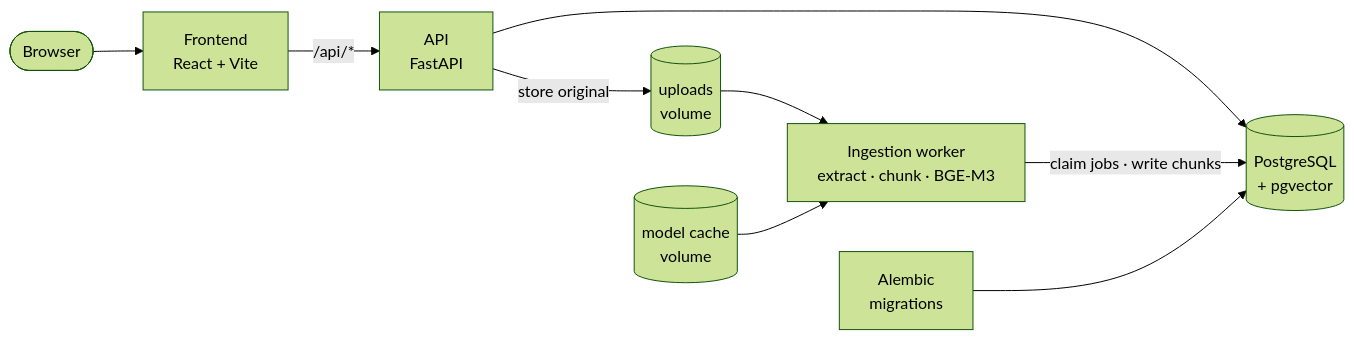
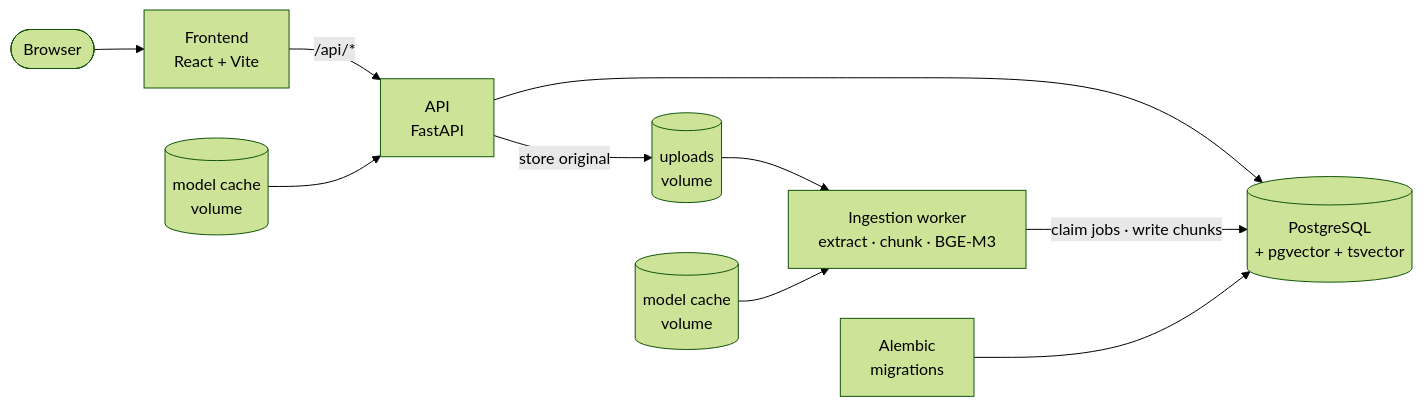
One commit to Yash01Negi/docs-rag-platform changed the diagram in README.md. Above: the diagram before and after it, drawn with Mermaid (forest theme). The commit also changed other lines of this file and 12 other files, not shown here.

````diff
--- a/README.md
+++ b/README.md
@@ -64,11 +72,12 @@
 ```mermaid
 flowchart LR
     browser([Browser]) --> fe["Frontend<br/>React + Vite"]
     fe -- "/api/*" --> be["API<br/>FastAPI"]
-    be --> db[("PostgreSQL<br/>+ pgvector")]
+    be --> db[("PostgreSQL<br/>+ pgvector + tsvector")]
+    cache2[("model cache<br/>volume")] --> be
     be -- "store original" --> files[("uploads<br/>volume")]
     worker["Ingestion worker<br/>extract · chunk · BGE-M3"] -- "claim jobs · write chunks" --> db
     files --> worker
     cache[("model cache<br/>volume")] --> worker
     mig["Alembic<br/>migrations"] --> db
 ```
````
